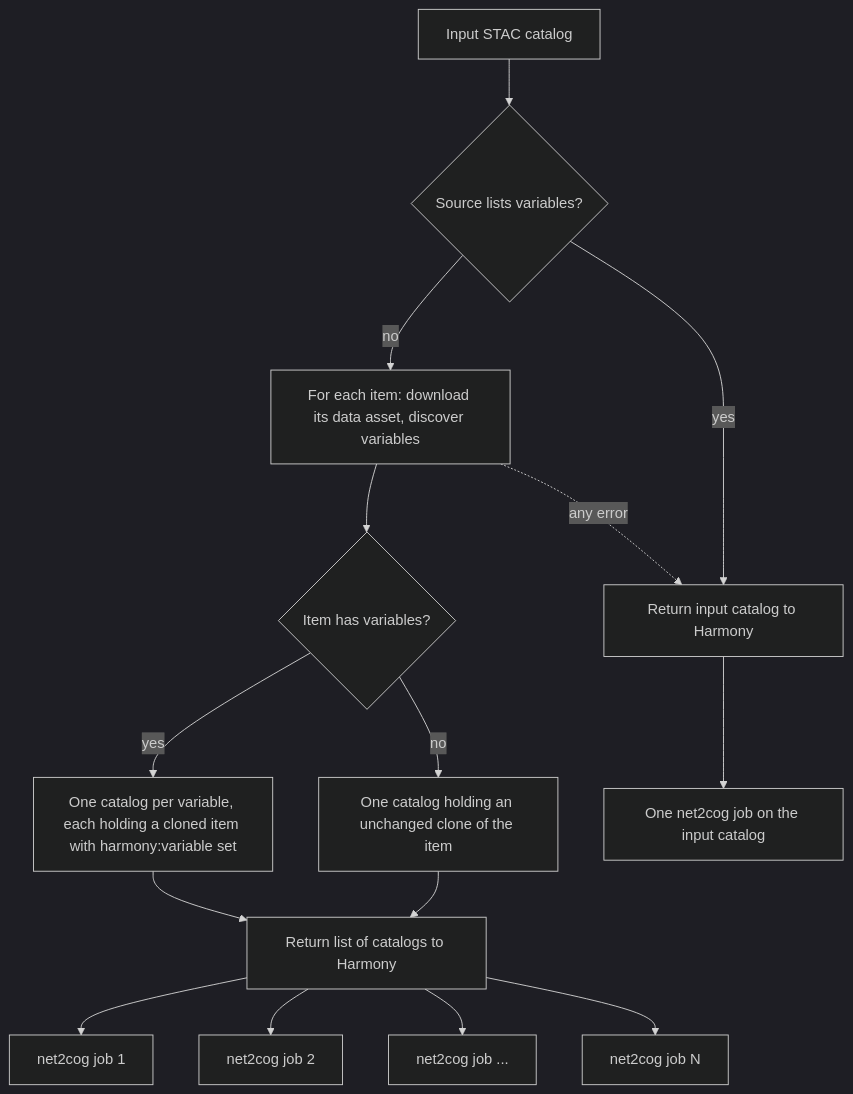
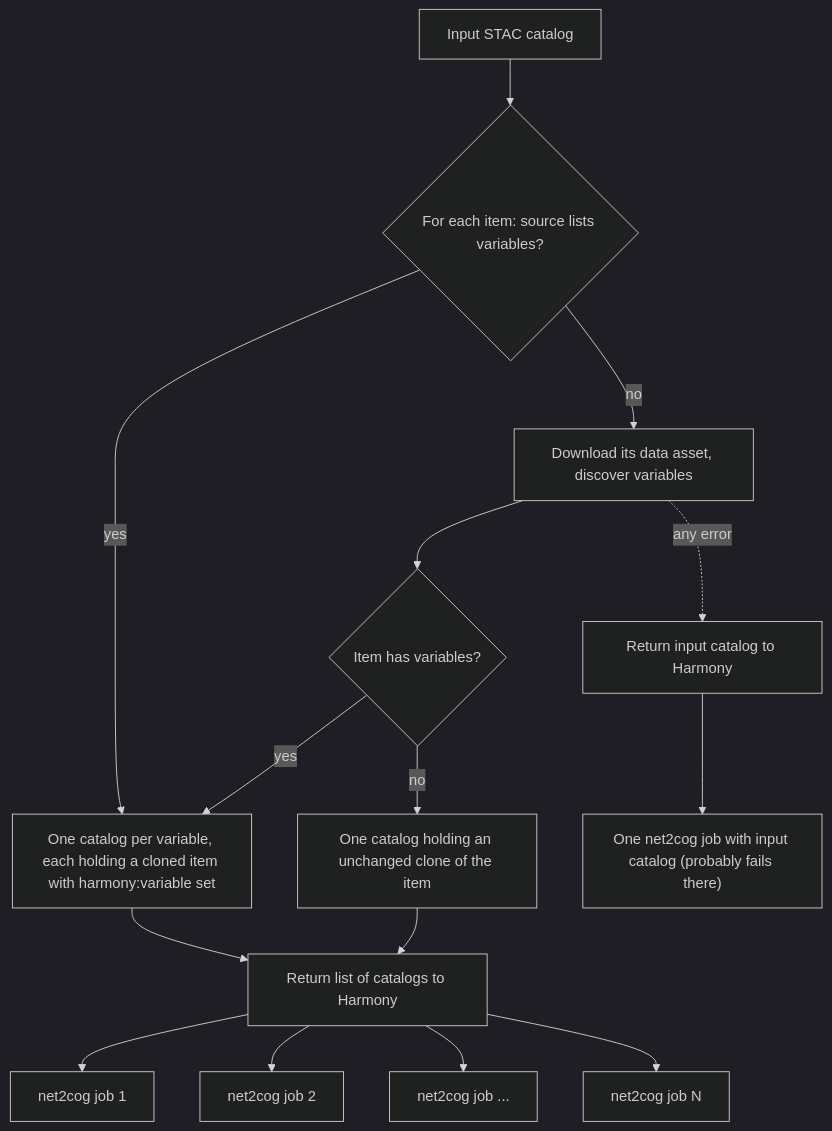
The diagram in README.md (flamingbear/harmony-variable-fan-out), drawn with Mermaid (dark theme) before and after one commit. The commit also changed other lines of this file and 2 other files, not shown here.

Commit message:
DAS-2559: Modify to fan out on explicit variables in the Message

````diff
--- a/README.md
+++ b/README.md
@@ -10,14 +10,14 @@
 ```mermaid
 flowchart TD
-    A[Input STAC catalog] --> B{Source lists variables?}
-    B -- no --> C[For each item: download its data asset, discover variables]
+    A[Input STAC catalog] --> B{For each item: source lists variables?}
+    B -- no --> C[Download its data asset, discover variables]
+    B -- yes --> E
     C --> D{Item has variables?}
     D -- yes --> E[One catalog per variable, each holding a cloned item with harmony:variable set]
     D -- no --> F[One catalog holding an unchanged clone of the item]
     E --> G[Return list of catalogs to Harmony]
     F --> G
     G --> H[net2cog job 1] & I[net2cog job 2] & J[net2cog job ...] & K[net2cog job N]
-    B -- yes --> P[Return input catalog to Harmony]
-    C -. any error .-> P
-    P --> Q[One net2cog job on the input catalog]
+    C -. any error .-> P[Return input catalog to Harmony]
+    P --> Q["One net2cog job with input catalog (probably fails there)"]
 ```
````
